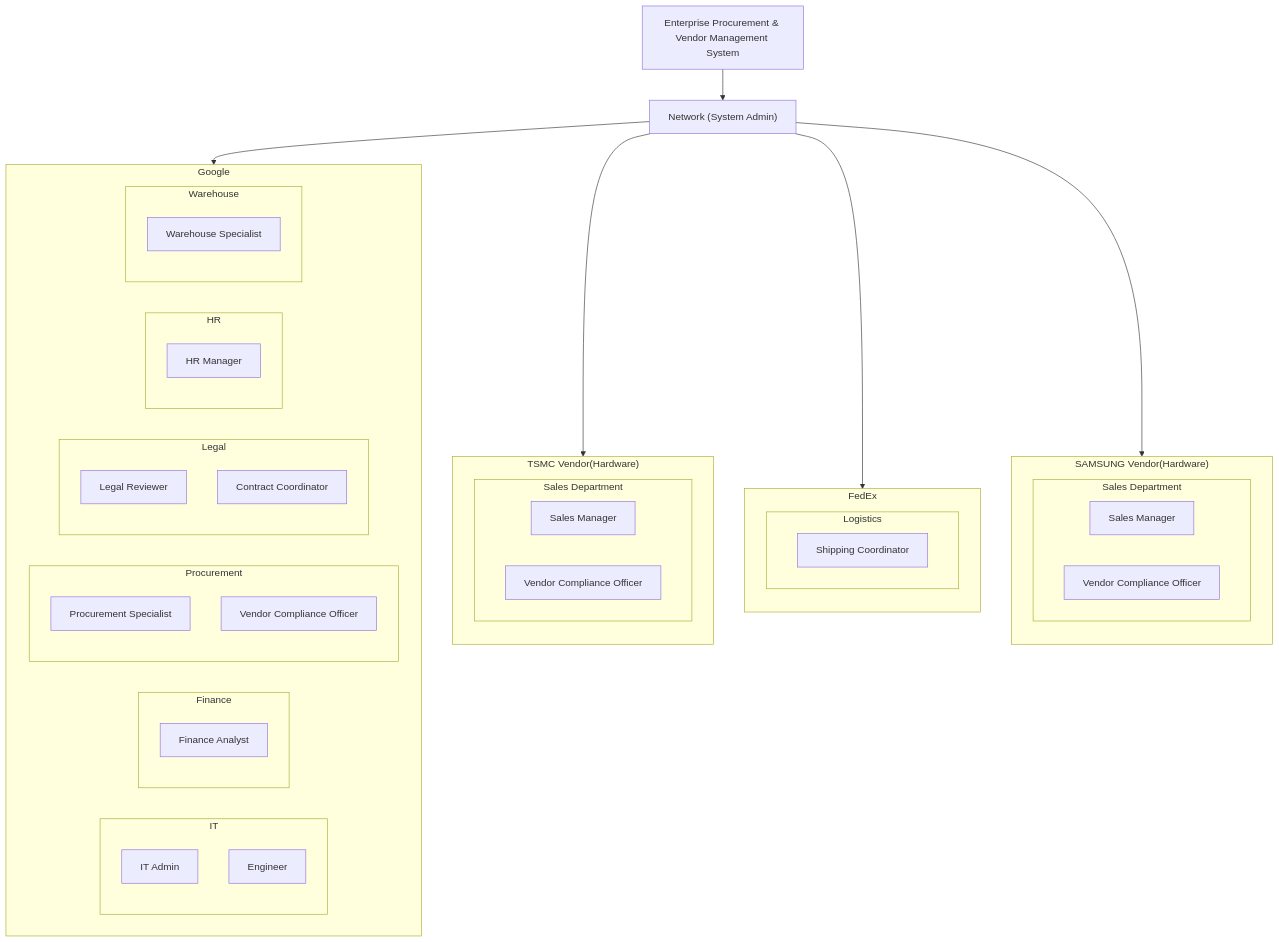
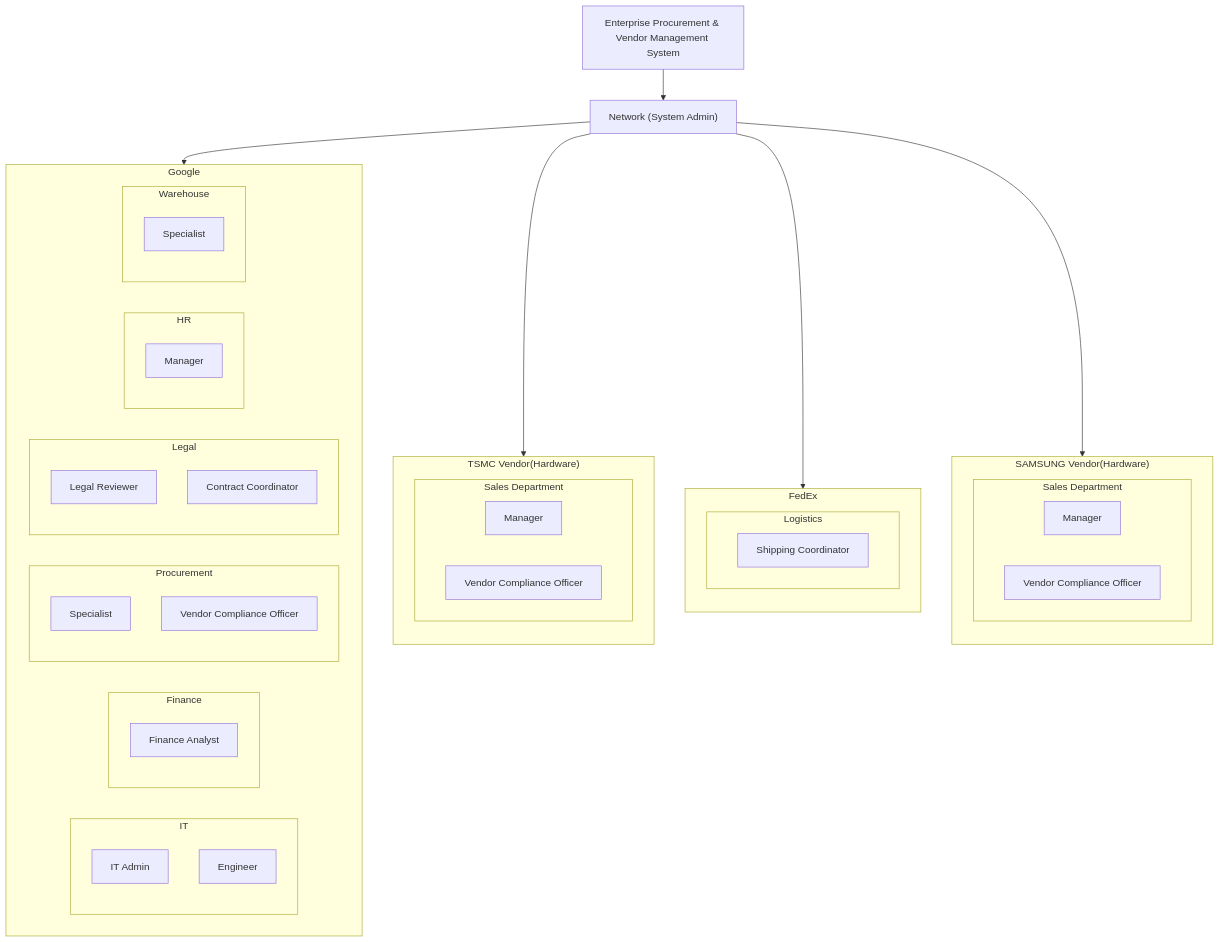
The first of 5 diagrams in README.md (IsaacTai123/procurement_ecosystem), drawn with Mermaid before and after one commit. The commit also changed other lines of this file, not shown here.

````diff
--- a/README.md
+++ b/README.md
@@ -5,72 +72,72 @@
 ```mermaid
 flowchart TB
-    A[Enterprise Procurement & Vendor Management System] 
+    A[Enterprise Procurement & Vendor Management System]
     N["Network (System Admin)"]
 
     A --> N
     N --> Google
     N --> TSMC["TSMC Vendor(Hardware)"]
     N --> FedEx
     N --> SAMSUNG["SAMSUNG Vendor(Hardware)"]
 
-    %% Google
+%% Google
     subgraph Google
         direction LR
 
         subgraph IT
             A1_1[IT Admin]
             A1_2[Engineer]
         end
 
         subgraph Finance
             A2_1[Finance Analyst]
         end
 
         subgraph Procurement
-            A3_1[Procurement Specialist]
+            A3_1[Specialist]
             A3_2[Vendor Compliance Officer]
         end
 
         subgraph Legal
             A4_1[Legal Reviewer]
             A4_2[Contract Coordinator]
         end
-        
+
         subgraph HR
-            A5_1[HR Manager]
+            A5_1[Manager]
         end
 
         subgraph Warehouse
-            A6_1[Warehouse Specialist]
+            A6_1[Specialist]
         end
     end
 
-    %% TSMC
+%% TSMC
     subgraph TSMC["TSMC Vendor(Hardware)"]
         direction TB
 
         subgraph TSMC_Sales["Sales Department"]
-            B1_1[Sales Manager]
+            B1_1[Manager]
             B1_2[Vendor Compliance Officer]
         end
     end
-    
-    %% FedEx
+
+%% FedEx
     subgraph FedEx
         direction TB
 
         subgraph Logistics
             C1_1[Shipping Coordinator]
         end
     end
-    
-    %% SAMSUNG
+
+%% SAMSUNG
     subgraph SAMSUNG["SAMSUNG Vendor(Hardware)"]
         direction TB
 
         subgraph SAMSUNG_Sales["Sales Department"]
-            D1_1[Sales Manager]
+            D1_1[Manager]
             D1_2[Vendor Compliance Officer]
         end
     end
 ```
````
